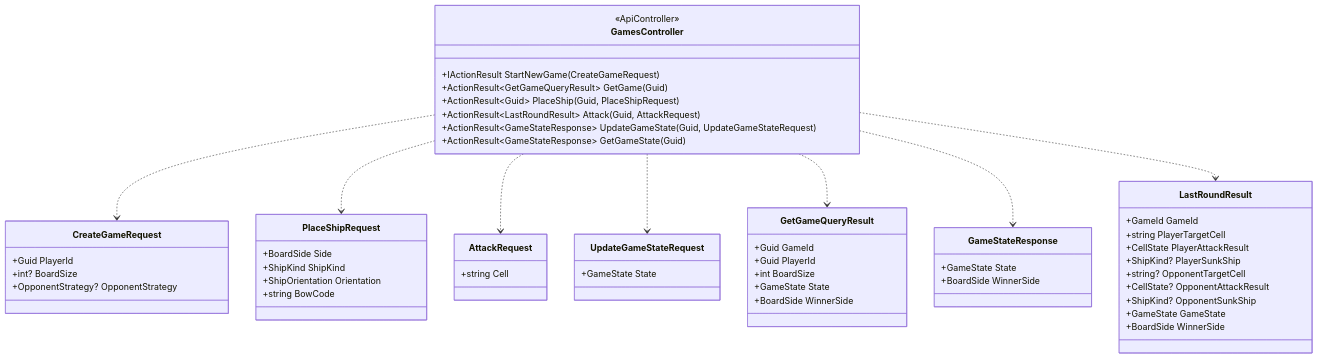
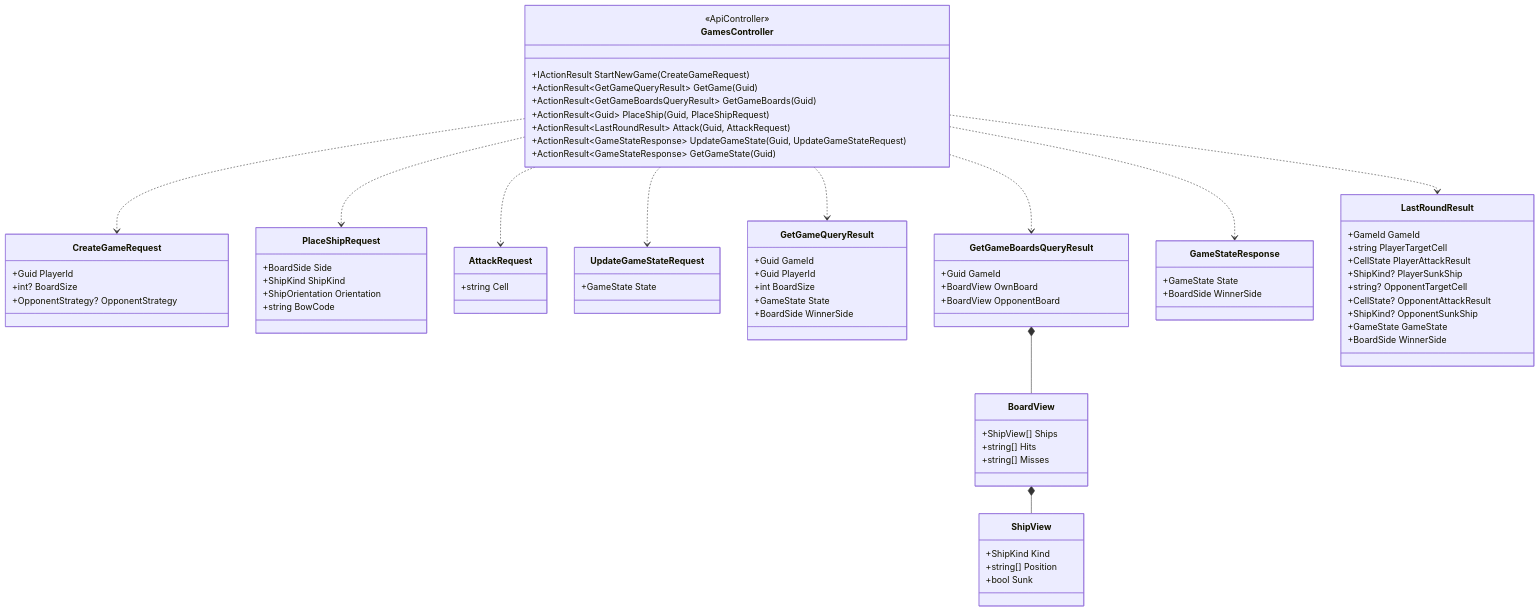
One commit to wahidshalaly/battleship-game changed the third of 3 diagrams in docs/design.md. Above: the diagram before and after it, drawn with Mermaid. The commit also changed other lines of this file and 3 other files, not shown here.

````diff
--- a/docs/design.md
+++ b/docs/design.md
@@ -267,6 +269,7 @@
         <<ApiController>>
         +IActionResult StartNewGame(CreateGameRequest)
         +ActionResult~GetGameQueryResult~ GetGame(Guid)
+        +ActionResult~GetGameBoardsQueryResult~ GetGameBoards(Guid)
         +ActionResult~Guid~ PlaceShip(Guid, PlaceShipRequest)
         +ActionResult~LastRoundResult~ Attack(Guid, AttackRequest)
         +ActionResult~GameStateResponse~ UpdateGameState(Guid, UpdateGameStateRequest)
@@ -303,6 +306,24 @@
         +BoardSide WinnerSide
     }
 
+    class GetGameBoardsQueryResult {
+        +Guid GameId
+        +BoardView OwnBoard
+        +BoardView OpponentBoard
+    }
+
+    class BoardView {
+        +ShipView[] Ships
+        +string[] Hits
+        +string[] Misses
+    }
+
+    class ShipView {
+        +ShipKind Kind
+        +string[] Position
+        +bool Sunk
+    }
+
     class GameStateResponse {
         +GameState State
         +BoardSide WinnerSide
@@ -325,6 +346,9 @@
     GamesController ..> AttackRequest
     GamesController ..> UpdateGameStateRequest
     GamesController ..> GetGameQueryResult
+    GamesController ..> GetGameBoardsQueryResult
+    GetGameBoardsQueryResult *-- BoardView
+    BoardView *-- ShipView
     GamesController ..> GameStateResponse
     GamesController ..> LastRoundResult
 ```
````
